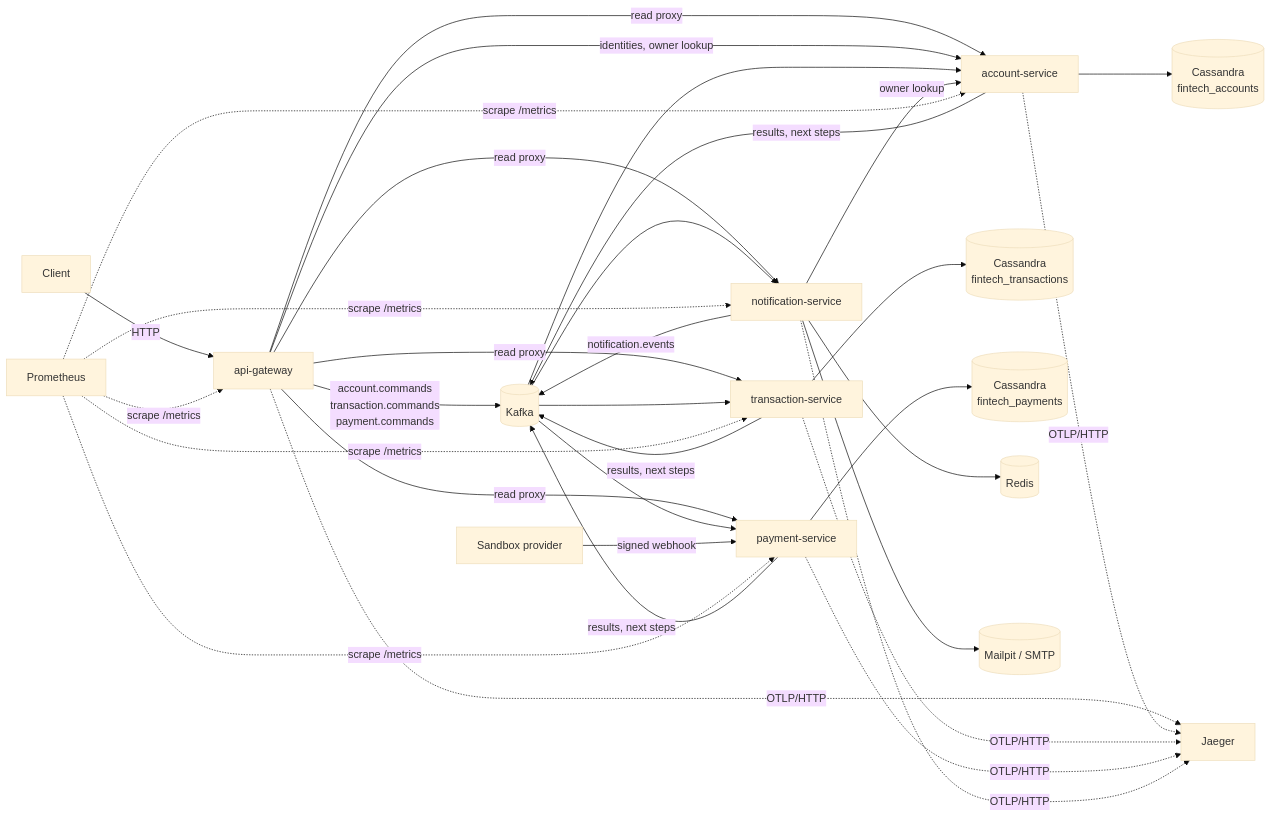
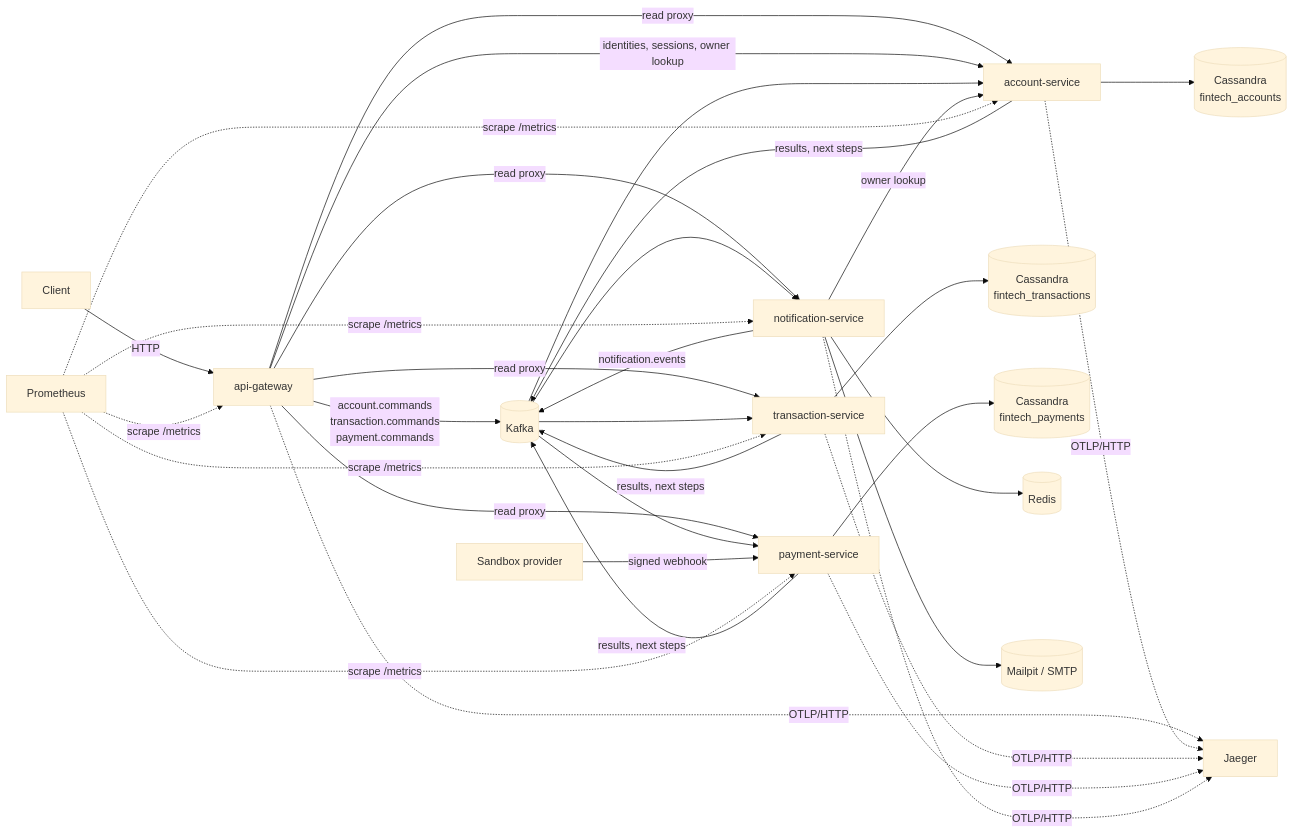
Before and after one commit to GabeSilvaDev/fintech-bank-platform: the first of 8 diagrams in docs/architecture.md, drawn with Mermaid (base theme). The commit also changed other lines of this file and 3 other files, not shown here.

````diff
--- a/docs/architecture.md
+++ b/docs/architecture.md
@@ -7,22 +7,22 @@
 ```mermaid
 flowchart LR
     C[Client] -->|HTTP| GW[api-gateway]
     GW -->|account.commands<br/>transaction.commands<br/>payment.commands| K[(Kafka)]
     GW -->|read proxy| A & T & P & N
-    GW -->|identities, owner lookup| A
+    GW -->|identities, sessions, owner lookup| A
     K --> A[account-service]
     K --> T[transaction-service]
     K --> P[payment-service]
     K --> N[notification-service]
     A & T & P -->|results, next steps| K
     N -->|notification.events| K
     A --> CA[(Cassandra<br/>fintech_accounts)]
     T --> CT[(Cassandra<br/>fintech_transactions)]
     P --> CP[(Cassandra<br/>fintech_payments)]
     N --> R[(Redis)]
     N --> M[(Mailpit / SMTP)]
     N -->|owner lookup| A
     SB[Sandbox provider] -->|signed webhook| P
     PR[Prometheus] -.->|scrape /metrics| GW & A & T & P & N
     GW & A & T & P & N -.->|OTLP/HTTP| J[Jaeger]
 ```
````
